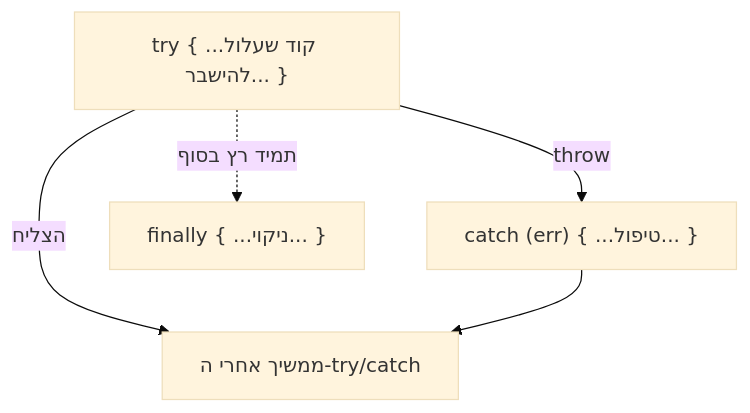
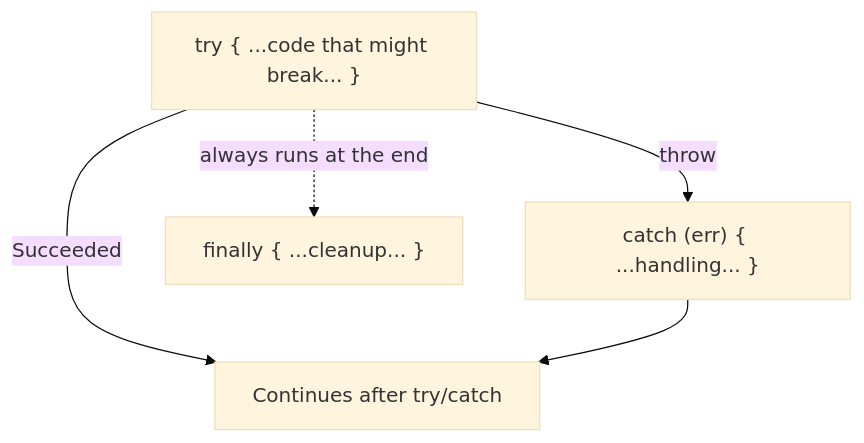
The diagram in content/docs/server/35-error-handling-content.md (neriyaMalachi/FullStack_kodkode_5), drawn with Mermaid (base theme) before and after one commit. The commit also changed other lines of this file and 117 other files, not shown here.

````diff
--- a/content/docs/server/35-error-handling-content.md
+++ b/content/docs/server/35-error-handling-content.md
@@ -55,7 +55,7 @@
 ```mermaid
 flowchart TD
-    T["try { ...קוד שעלול להישבר... }"] -->|"הצליח"| Cont["ממשיך אחרי ה-try/catch"]
-    T -->|"throw"| C["catch (err) { ...טיפול... }"]
+    T["try { ...code that might break... }"] -->|"Succeeded"| Cont["Continues after try/catch"]
+    T -->|"throw"| C["catch (err) { ...handling... }"]
     C --> Cont
-    T -.תמיד רץ בסוף.-> F["finally { ...ניקוי... }"]
+    T -.always runs at the end.-> F["finally { ...cleanup... }"]
 ```
````
